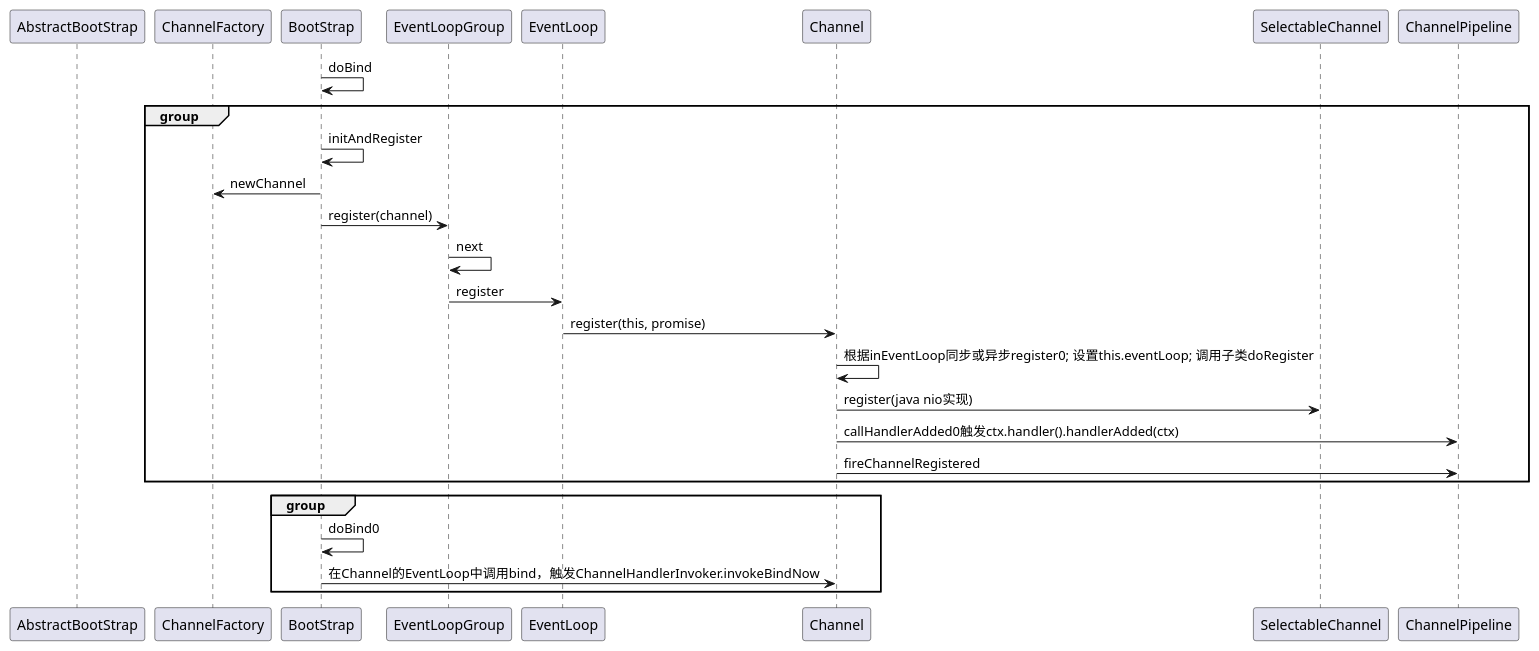
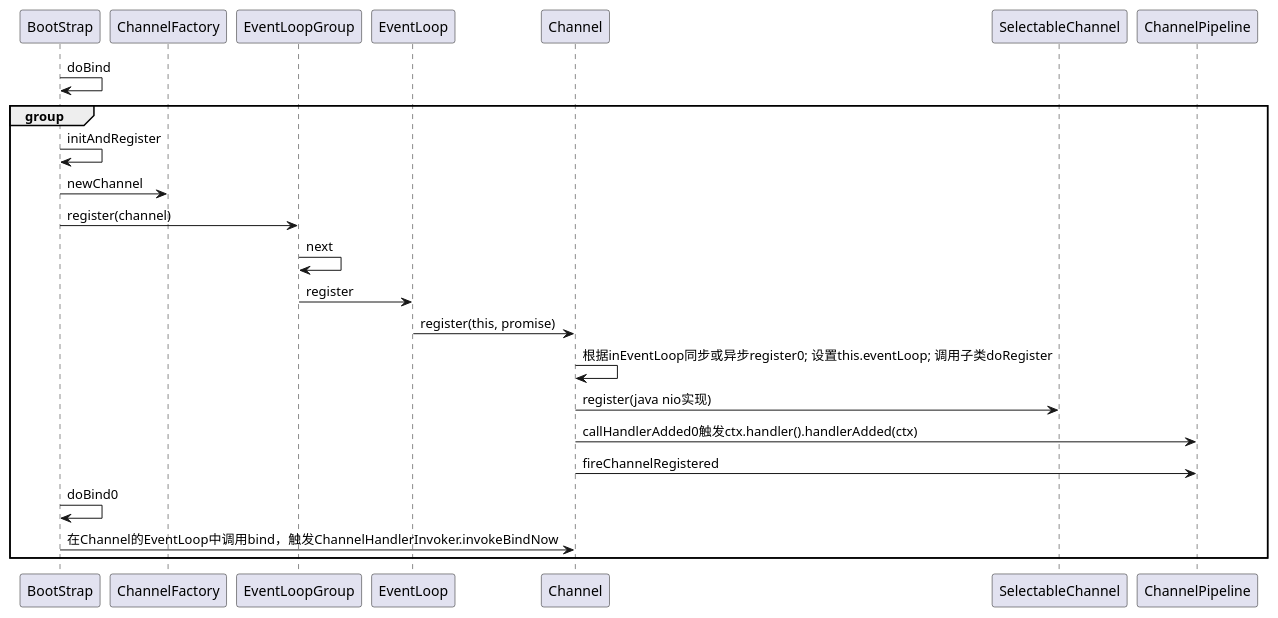
One commit to shawn11ZX/blog changed the diagram in _posts/2015-11-19-Netty4-Transport.adoc. Above: the diagram before and after it, drawn with PlantUML. The commit also changed other lines of this file and 2 other files, not shown here.

```diff
--- a/_posts/2015-11-19-Netty4-Transport.adoc
+++ b/_posts/2015-11-19-Netty4-Transport.adoc
@@ -164,26 +175,22 @@
 [plantuml,ServerBootStrap_bind,png,width="100%"]
 ----
 @startuml
 
-participant AbstractBootStrap
-participant ChannelFactory
 
 BootStrap -> BootStrap: doBind
 group 
     BootStrap -> BootStrap: initAndRegister
     BootStrap -> ChannelFactory: newChannel
     BootStrap -> EventLoopGroup: register(channel)
     EventLoopGroup -> EventLoopGroup: next
     EventLoopGroup -> EventLoop: register
     EventLoop -> Channel: register(this, promise)
     Channel -> Channel: 根据inEventLoop同步或异步register0; 设置this.eventLoop; 调用子类doRegister
     Channel -> SelectableChannel: register(java nio实现)
     Channel -> ChannelPipeline: callHandlerAdded0触发ctx.handler().handlerAdded(ctx)
     Channel -> ChannelPipeline: fireChannelRegistered
-end
-group
     BootStrap -> BootStrap: doBind0
     BootStrap -> Channel: 在Channel的EventLoop中调用bind，触发ChannelHandlerInvoker.invokeBindNow
 end 
 @enduml
 ----
```
